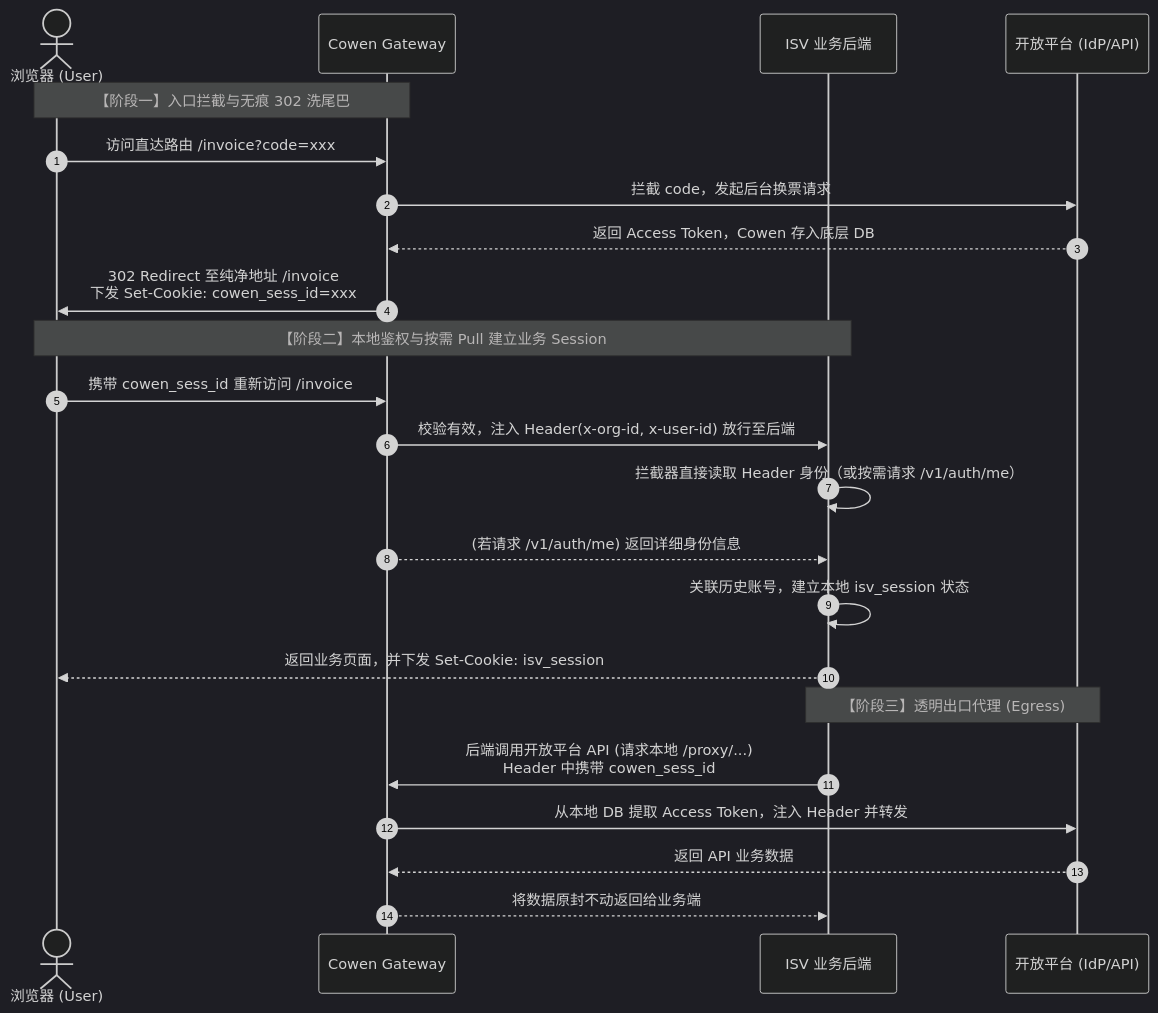
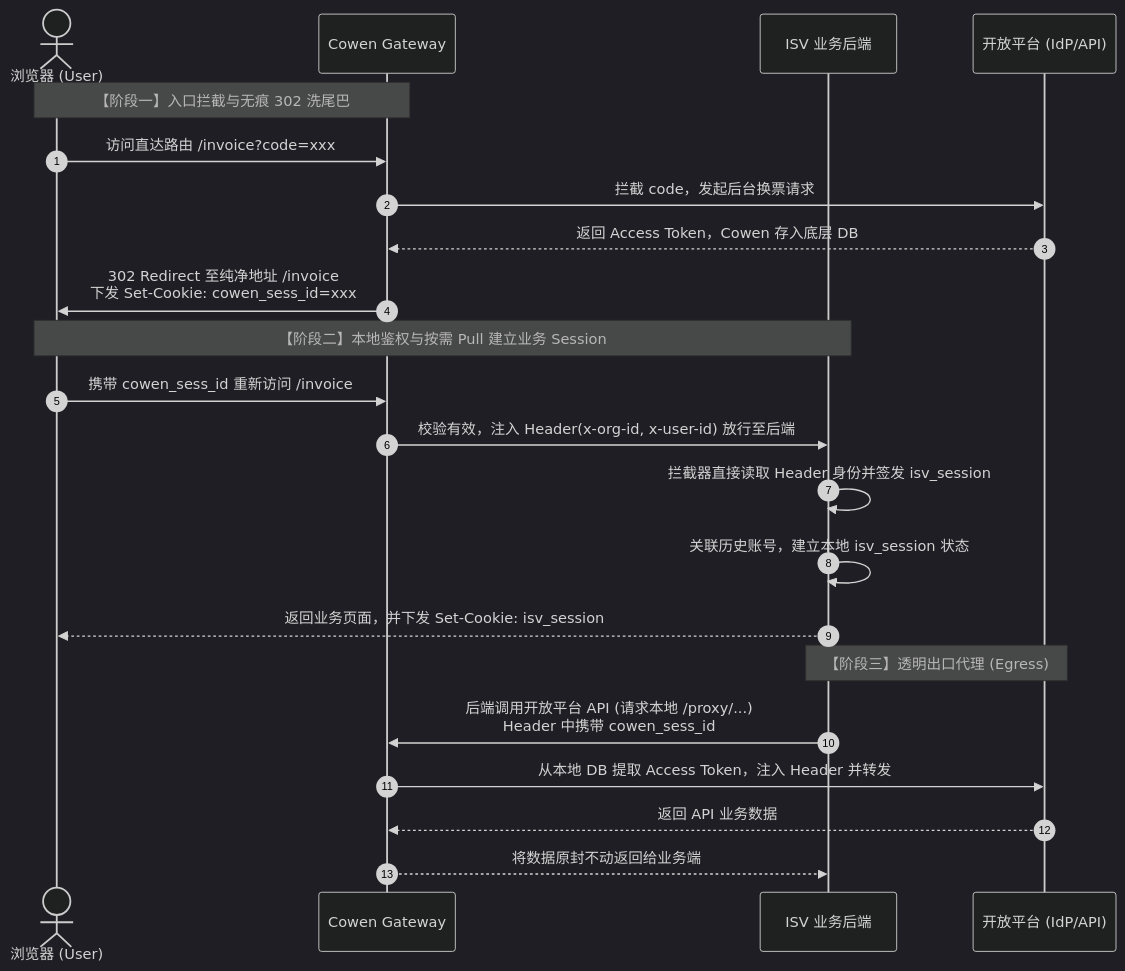
The second of 3 diagrams in cli/cowen/docs/PRD-v0.5.0-Identity-Aware-Gateway.md (Chanjet/chanjet-openplatform-stream-java), drawn with Mermaid (dark theme) before and after one commit. The commit also changed other lines of this file and 20 other files, not shown here.

````diff
--- a/cli/cowen/docs/PRD-v0.5.0-Identity-Aware-Gateway.md
+++ b/cli/cowen/docs/PRD-v0.5.0-Identity-Aware-Gateway.md
@@ -51,28 +51,27 @@
 ```mermaid
 sequenceDiagram
     autonumber
     actor User as 浏览器 (User)
     participant Cowen as Cowen Gateway
     participant ISV as ISV 业务后端
     participant OP as 开放平台 (IdP/API)
 
     Note over User, Cowen: 【阶段一】入口拦截与无痕 302 洗尾巴
     User->>Cowen: 访问直达路由 /invoice?code=xxx
     Cowen->>OP: 拦截 code，发起后台换票请求
     OP-->>Cowen: 返回 Access Token，Cowen 存入底层 DB
     Cowen->>User: 302 Redirect 至纯净地址 /invoice<br/>下发 Set-Cookie: cowen_sess_id=xxx
 
     Note over User, ISV: 【阶段二】本地鉴权与按需 Pull 建立业务 Session
     User->>Cowen: 携带 cowen_sess_id 重新访问 /invoice
     Cowen->>ISV: 校验有效，注入 Header(x-org-id, x-user-id) 放行至后端
-    ISV->>ISV: 拦截器直接读取 Header 身份（或按需请求 /v1/auth/me）
-    Cowen-->>ISV: (若请求 /v1/auth/me) 返回详细身份信息
+    ISV->>ISV: 拦截器直接读取 Header 身份并签发 isv_session
     ISV->>ISV: 关联历史账号，建立本地 isv_session 状态
     ISV-->>User: 返回业务页面，并下发 Set-Cookie: isv_session
 
     Note over ISV, OP: 【阶段三】透明出口代理 (Egress)
     ISV->>Cowen: 后端调用开放平台 API (请求本地 /proxy/...)<br/>Header 中携带 cowen_sess_id
     Cowen->>OP: 从本地 DB 提取 Access Token，注入 Header 并转发
     OP-->>Cowen: 返回 API 业务数据
     Cowen-->>ISV: 将数据原封不动返回给业务端
 ```
````
